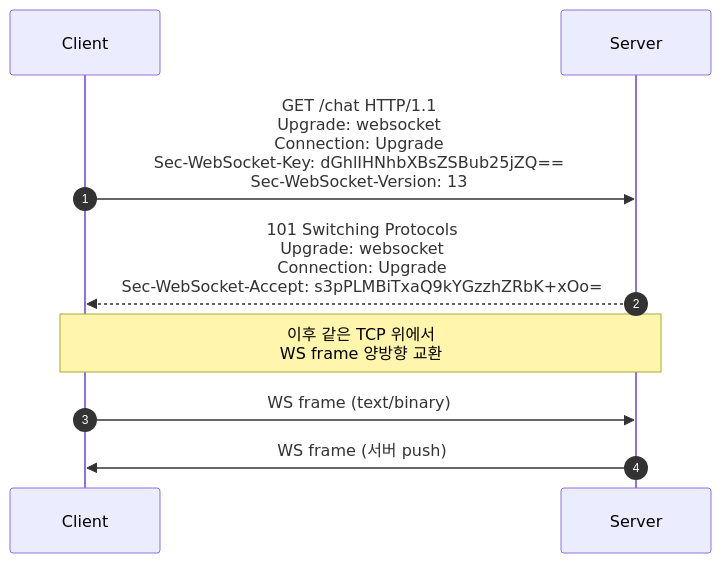
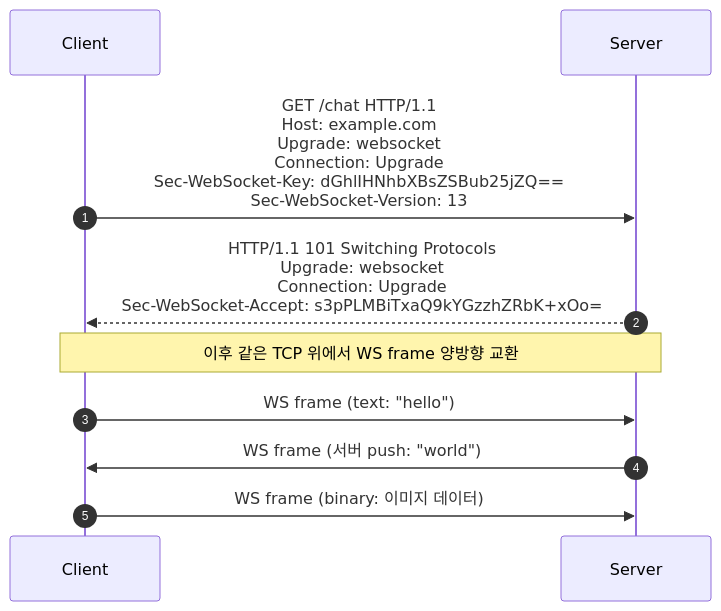
One commit to shinkeonkim/shinkeonkim.github.io changed the first of 5 diagrams in src/content/wiki/network/websocket.mdx. Above: the diagram before and after it, drawn with Mermaid. The commit also changed other lines of this file and 526 other files, not shown here.

First line of the commit message:
content(wiki): 전수조사 및 대규모 보강 (짧은 파일 0, mermaid +645)

````diff
--- a/src/content/wiki/network/websocket.mdx
+++ b/src/content/wiki/network/websocket.mdx
@@ -22,12 +26,14 @@
 ```mermaid
 sequenceDiagram
     autonumber
     participant C as Client
     participant S as Server
 
-    C->>S: GET /chat HTTP/1.1<br/>Upgrade: websocket<br/>Connection: Upgrade<br/>Sec-WebSocket-Key: dGhlIHNhbXBsZSBub25jZQ==<br/>Sec-WebSocket-Version: 13
-    S-->>C: 101 Switching Protocols<br/>Upgrade: websocket<br/>Connection: Upgrade<br/>Sec-WebSocket-Accept: s3pPLMBiTxaQ9kYGzzhZRbK+xOo=
-    Note over C,S: 이후 같은 TCP 위에서<br/>WS frame 양방향 교환
-    C->>S: WS frame (text/binary)
-    S->>C: WS frame (서버 push)
+    C->>S: GET /chat HTTP/1.1<br/>Host: example.com<br/>Upgrade: websocket<br/>Connection: Upgrade<br/>Sec-WebSocket-Key: dGhlIHNhbXBsZSBub25jZQ==<br/>Sec-WebSocket-Version: 13
+    S-->>C: HTTP/1.1 101 Switching Protocols<br/>Upgrade: websocket<br/>Connection: Upgrade<br/>Sec-WebSocket-Accept: s3pPLMBiTxaQ9kYGzzhZRbK+xOo=
+
+    Note over C,S: 이후 같은 TCP 위에서 WS frame 양방향 교환
+    C->>S: WS frame (text: "hello")
+    S->>C: WS frame (서버 push: "world")
+    C->>S: WS frame (binary: 이미지 데이터)
 ```
````
